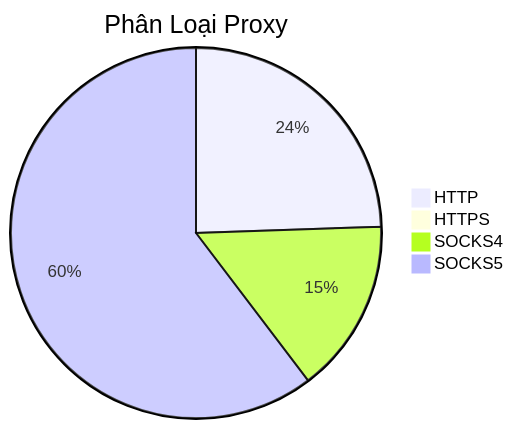
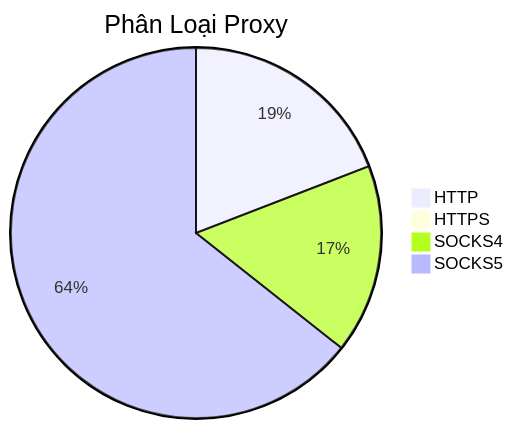
Before and after one commit to Ciara-12/PROXY-free: the diagram in README.md, drawn with Mermaid. The commit also changed other lines of this file and 3 other files, not shown here.

````diff
--- a/README.md
+++ b/README.md
@@ -26,7 +26,7 @@
 ```mermaid
 pie title Phân Loại Proxy
-    "HTTP" : 563
+    "HTTP" : 504
     "HTTPS" : 0
-    "SOCKS4" : 350
-    "SOCKS5" : 1389
+    "SOCKS4" : 435
+    "SOCKS5" : 1695
 ```
````
